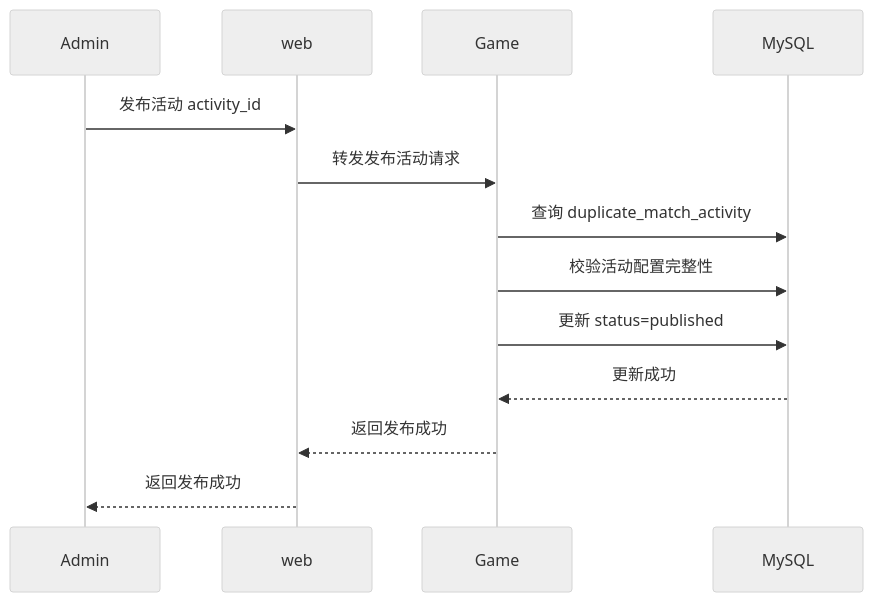
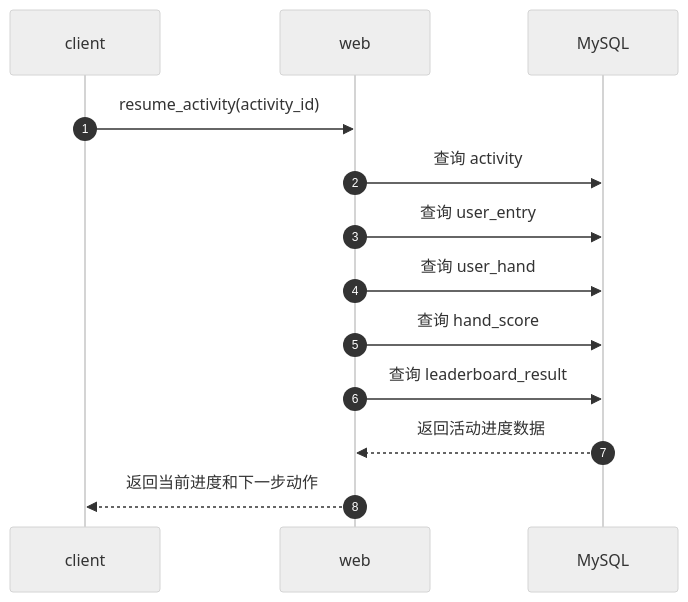
The fifth of 12 diagrams in docs/复述扑克/评审02/02-设计文档.md (zdl20251023-pixel/agent-frame), drawn with Mermaid (neutral theme) before and after one commit. The commit also changed other lines of this file and 1 other file, not shown here.

````diff
--- a/docs/复述扑克/评审02/02-设计文档.md
+++ b/docs/复述扑克/评审02/02-设计文档.md
@@ -173,16 +269,16 @@
 ```mermaid
 sequenceDiagram
-    participant Admin
+    autonumber
+    participant client
     participant web
-    participant Game
     participant MySQL
 
-    Admin->>web: 发布活动 activity_id
-    web->>Game: 转发发布活动请求
-    Game->>MySQL: 查询 duplicate_match_activity
-    Game->>MySQL: 校验活动配置完整性
-    Game->>MySQL: 更新 status=published
-    MySQL-->>Game: 更新成功
-    Game-->>web: 返回发布成功
-    web-->>Admin: 返回发布成功
+    client->>web: resume_activity(activity_id)
+    web->>MySQL: 查询 activity
+    web->>MySQL: 查询 user_entry
+    web->>MySQL: 查询 user_hand
+    web->>MySQL: 查询 hand_score
+    web->>MySQL: 查询 leaderboard_result
+    MySQL-->>web: 返回活动进度数据
+    web-->>client: 返回当前进度和下一步动作
 ```
````
